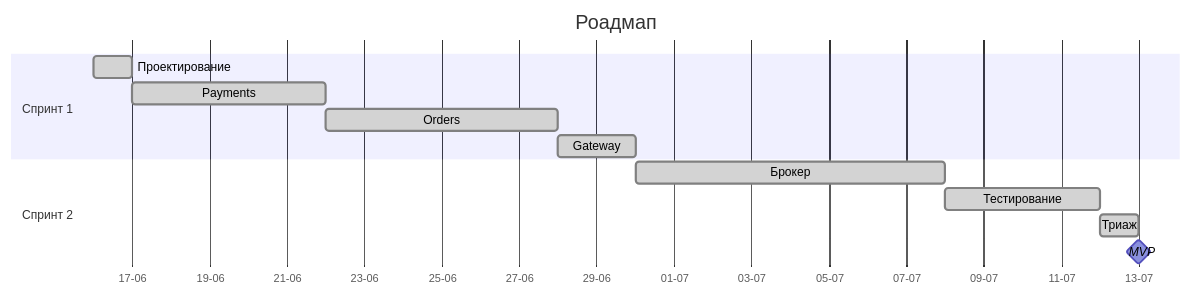
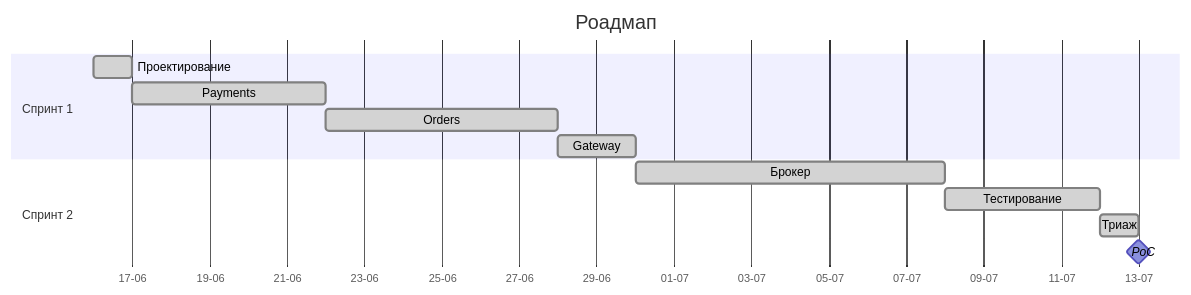
The diagram in docs/PROJECT.md (YatoroG/OrbitaMarket), drawn with Mermaid before and after one commit. The commit also changed other lines of this file and 1 other file, not shown here.

````diff
--- a/docs/PROJECT.md
+++ b/docs/PROJECT.md
@@ -58,24 +58,24 @@
 ```mermaid
 ---
 config:
   themeVariables:
     fontFamily: arial
 ---
 
 gantt
     title Роадмап
     dateFormat  YYYY-MM-DD
     axisFormat  %d-%m
 
     section Спринт 1
     Проектирование :done, r1, 2026-06-16, 1d
     Payments       :done, p1, after r1, 5d
     Orders         :done, p2, after p1, 6d
     Gateway        :done, p3, after p2, 2d
 
     section Спринт 2
     Брокер         :done, b1, after p3, 8d
     Тестирование   :done, t1, after b1, 4d
     Триаж          :done, s1, after t1, 1d
-    MVP            :milestone, mvp, after s1, 0d
+    PoC            :milestone, mvp, after s1, 0d
 ```
````
